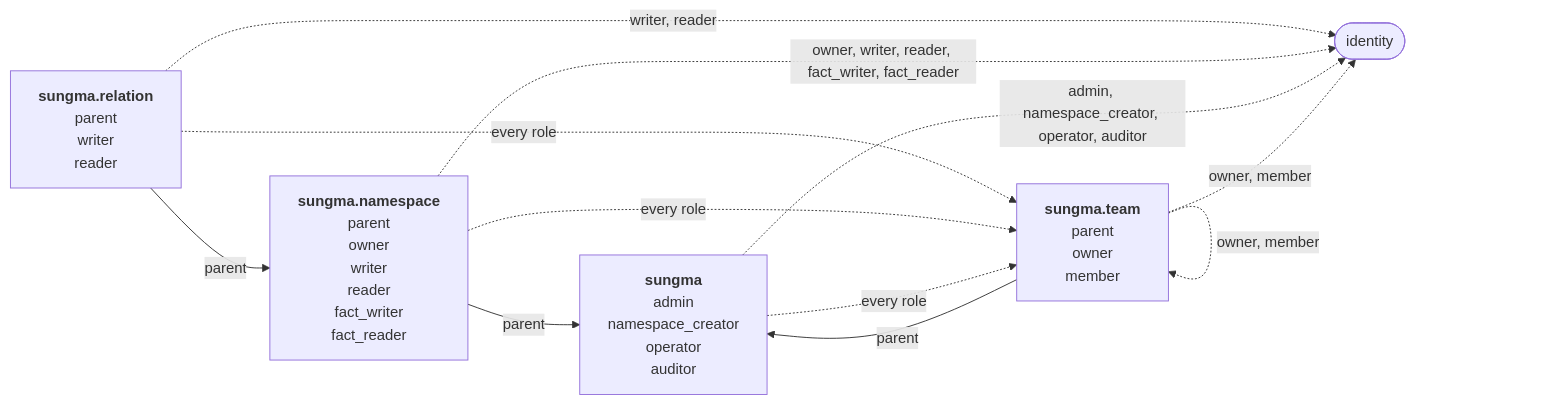
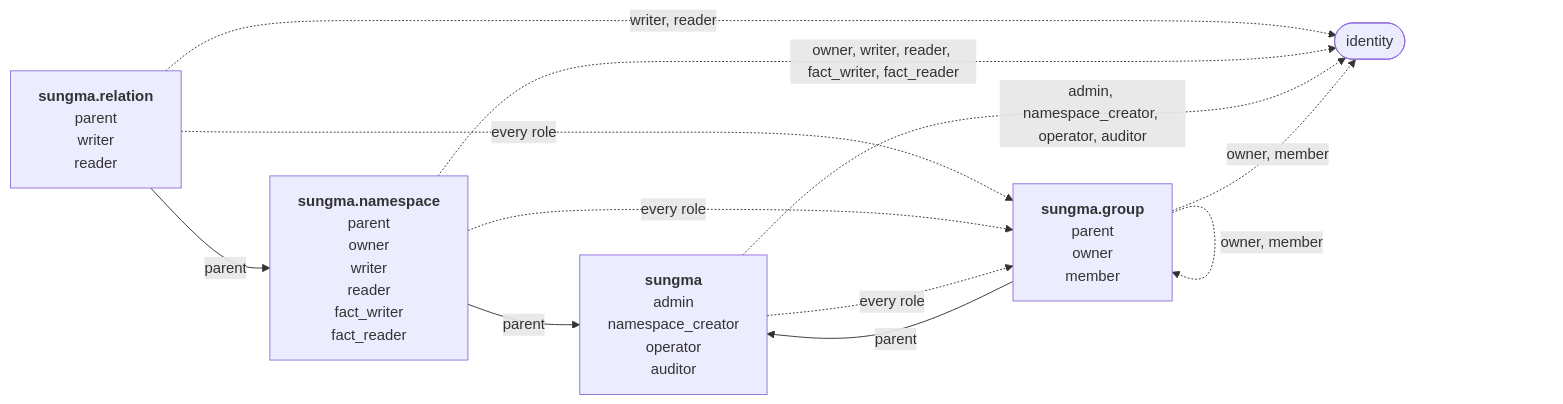
One commit to marklauter/Sungma changed the diagram in docs/specs/sungma-authorization.md. Above: the diagram before and after it, drawn with Mermaid. The commit also changed other lines of this file, not shown here.

Commit message:
Call Sungma's own groups groups, as identity providers and SCIM do

````diff
--- a/docs/specs/sungma-authorization.md
+++ b/docs/specs/sungma-authorization.md
@@ -69,19 +69,19 @@
 ```mermaid
 flowchart LR
   relation["<b>sungma.relation</b><br/>parent<br/>writer<br/>reader"]
   namespace["<b>sungma.namespace</b><br/>parent<br/>owner<br/>writer<br/>reader<br/>fact_writer<br/>fact_reader"]
   sungma["<b>sungma</b><br/>admin<br/>namespace_creator<br/>operator<br/>auditor"]
-  team["<b>sungma.team</b><br/>parent<br/>owner<br/>member"]
+  group["<b>sungma.group</b><br/>parent<br/>owner<br/>member"]
   identity(["identity"])
   relation -- parent --> namespace
   namespace -- parent --> sungma
-  team -- parent --> sungma
+  group -- parent --> sungma
   relation -. "writer, reader" .-> identity
   namespace -. "owner, writer, reader, fact_writer, fact_reader" .-> identity
   sungma -. "admin, namespace_creator, operator, auditor" .-> identity
-  team -. "owner, member" .-> identity
-  relation -. "every role" .-> team
-  namespace -. "every role" .-> team
-  sungma -. "every role" .-> team
-  team -. "owner, member" .-> team
+  group -. "owner, member" .-> identity
+  relation -. "every role" .-> group
+  namespace -. "every role" .-> group
+  sungma -. "every role" .-> group
+  group -. "owner, member" .-> group
 ```
````
